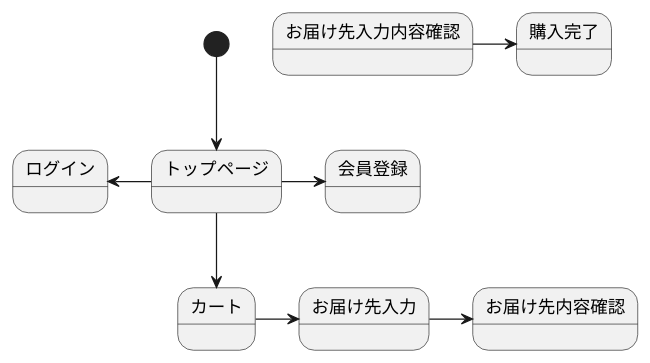
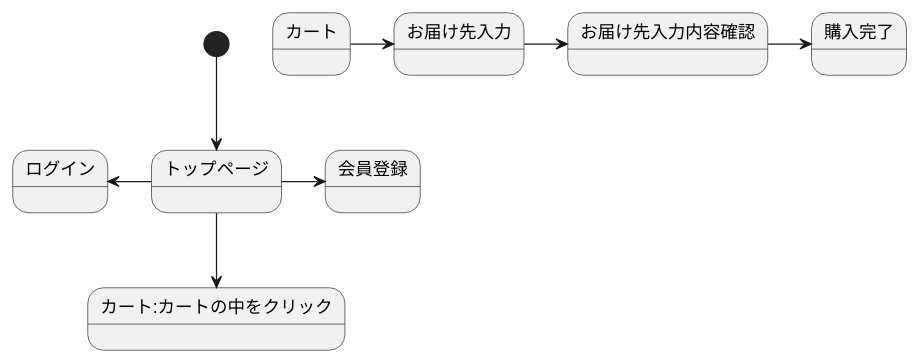
One commit to Aso2001388/2021sys-design changed the diagram in stm01.md. Above: the diagram before and after it, drawn with PlantUML.

````diff
--- a/stm01.md
+++ b/stm01.md
@@ -1,12 +1,12 @@
 ```uml
 @startuml
 [*]-->トップページ
 トップページ->会員登録
 トップページ-left->ログイン
-トップページ-->カート
+トップページ-->カート:カートの中をクリック
 カート->お届け先入力
-お届け先入力->お届け先内容確認
+お届け先入力->お届け先入力内容確認
 お届け先入力内容確認->購入完了
 
 @enduml
 ```
````
